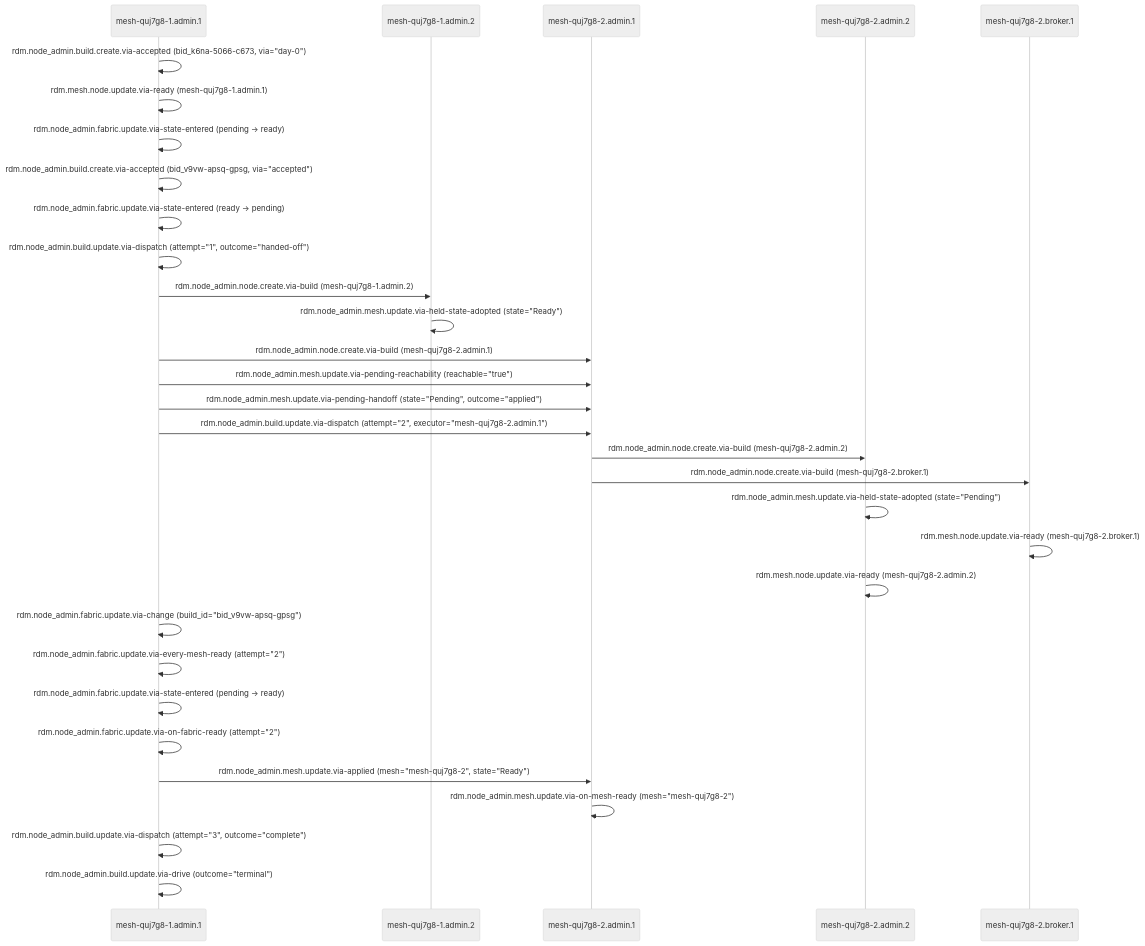
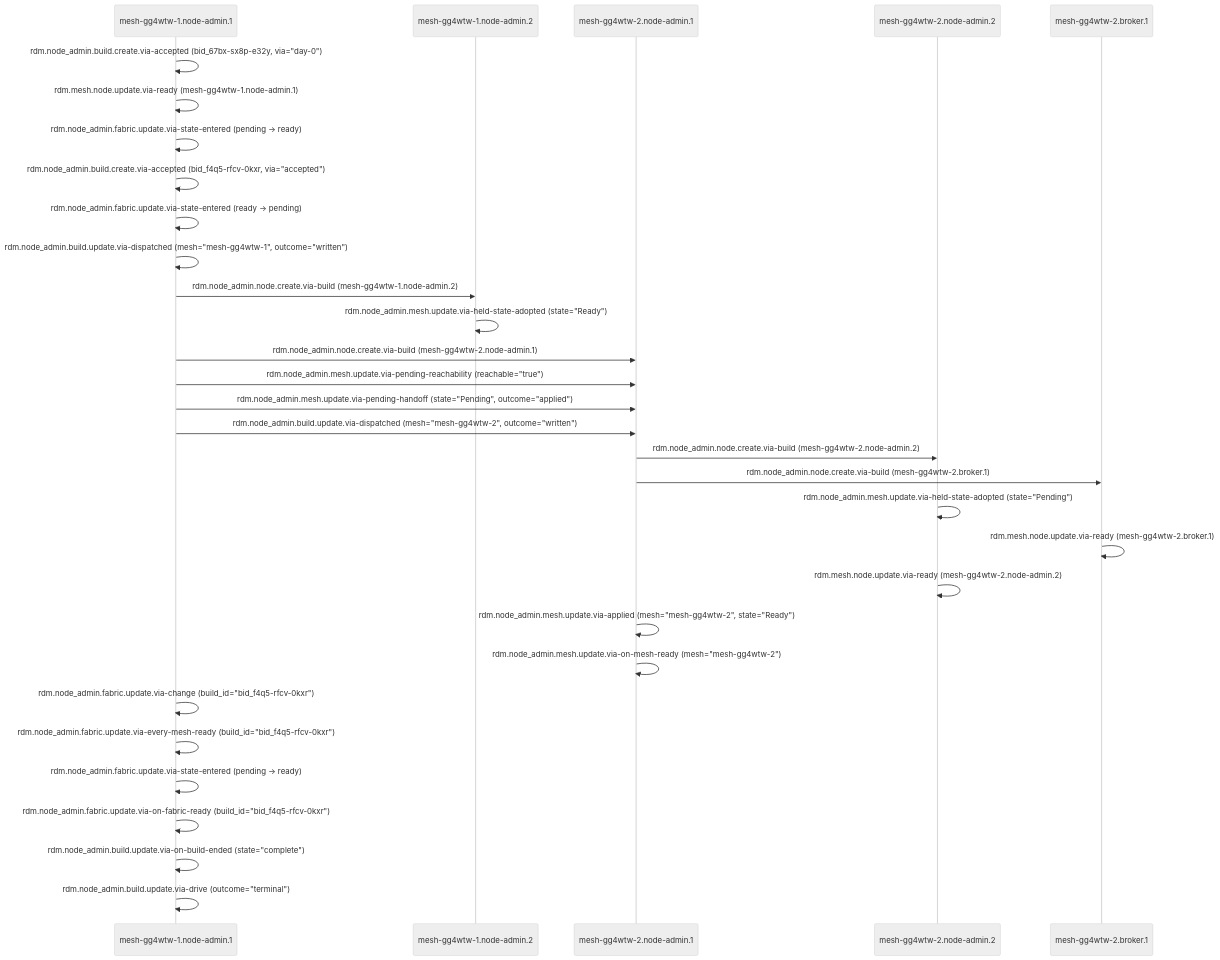
One commit to drlukeangel/rust-distributed-mesh changed the first of 3 diagrams in docs/eng/tour.md. Above: the diagram before and after it, drawn with Mermaid (neutral theme). The commit also changed other lines of this file and 4 other files, not shown here.

````diff
--- a/docs/eng/tour.md
+++ b/docs/eng/tour.md
@@ -67,34 +68,34 @@
 ```mermaid
 sequenceDiagram
-    participant A1 as mesh-quj7g8-1.admin.1
-    participant A1_2 as mesh-quj7g8-1.admin.2
-    participant A2_1 as mesh-quj7g8-2.admin.1
-    participant A2_2 as mesh-quj7g8-2.admin.2
-    participant B2_1 as mesh-quj7g8-2.broker.1
+    participant A1 as mesh-gg4wtw-1.node-admin.1
+    participant A1_2 as mesh-gg4wtw-1.node-admin.2
+    participant A2_1 as mesh-gg4wtw-2.node-admin.1
+    participant A2_2 as mesh-gg4wtw-2.node-admin.2
+    participant B2_1 as mesh-gg4wtw-2.broker.1
 
-    A1->>A1: rdm.node_admin.build.create.via-accepted (bid_k6na-5066-c673, via="day-0")
-    A1->>A1: rdm.mesh.node.update.via-ready (mesh-quj7g8-1.admin.1)
+    A1->>A1: rdm.node_admin.build.create.via-accepted (bid_67bx-sx8p-e32y, via="day-0")
+    A1->>A1: rdm.mesh.node.update.via-ready (mesh-gg4wtw-1.node-admin.1)
     A1->>A1: rdm.node_admin.fabric.update.via-state-entered (pending -> ready)
-    A1->>A1: rdm.node_admin.build.create.via-accepted (bid_v9vw-apsq-gpsg, via="accepted")
+    A1->>A1: rdm.node_admin.build.create.via-accepted (bid_f4q5-rfcv-0kxr, via="accepted")
     A1->>A1: rdm.node_admin.fabric.update.via-state-entered (ready -> pending)
-    A1->>A1: rdm.node_admin.build.update.via-dispatch (attempt="1", outcome="handed-off")
-    A1->>A1_2: rdm.node_admin.node.create.via-build (mesh-quj7g8-1.admin.2)
+    A1->>A1: rdm.node_admin.build.update.via-dispatched (mesh="mesh-gg4wtw-1", outcome="written")
+    A1->>A1_2: rdm.node_admin.node.create.via-build (mesh-gg4wtw-1.node-admin.2)
     A1_2->>A1_2: rdm.node_admin.mesh.update.via-held-state-adopted (state="Ready")
-    A1->>A2_1: rdm.node_admin.node.create.via-build (mesh-quj7g8-2.admin.1)
+    A1->>A2_1: rdm.node_admin.node.create.via-build (mesh-gg4wtw-2.node-admin.1)
     A1->>A2_1: rdm.node_admin.mesh.update.via-pending-reachability (reachable="true")
     A1->>A2_1: rdm.node_admin.mesh.update.via-pending-handoff (state="Pending", outcome="applied")
-    A1->>A2_1: rdm.node_admin.build.update.via-dispatch (attempt="2", executor="mesh-quj7g8-2.admin.1")
-    A2_1->>A2_2: rdm.node_admin.node.create.via-build (mesh-quj7g8-2.admin.2)
-    A2_1->>B2_1: rdm.node_admin.node.create.via-build (mesh-quj7g8-2.broker.1)
+    A1->>A2_1: rdm.node_admin.build.update.via-dispatched (mesh="mesh-gg4wtw-2", outcome="written")
+    A2_1->>A2_2: rdm.node_admin.node.create.via-build (mesh-gg4wtw-2.node-admin.2)
+    A2_1->>B2_1: rdm.node_admin.node.create.via-build (mesh-gg4wtw-2.broker.1)
     A2_2->>A2_2: rdm.node_admin.mesh.update.via-held-state-adopted (state="Pending")
-    B2_1->>B2_1: rdm.mesh.node.update.via-ready (mesh-quj7g8-2.broker.1)
-    A2_2->>A2_2: rdm.mesh.node.update.via-ready (mesh-quj7g8-2.admin.2)
-    A1->>A1: rdm.node_admin.fabric.update.via-change (build_id="bid_v9vw-apsq-gpsg")
-    A1->>A1: rdm.node_admin.fabric.update.via-every-mesh-ready (attempt="2")
+    B2_1->>B2_1: rdm.mesh.node.update.via-ready (mesh-gg4wtw-2.broker.1)
+    A2_2->>A2_2: rdm.mesh.node.update.via-ready (mesh-gg4wtw-2.node-admin.2)
+    A2_1->>A2_1: rdm.node_admin.mesh.update.via-applied (mesh="mesh-gg4wtw-2", state="Ready")
+    A2_1->>A2_1: rdm.node_admin.mesh.update.via-on-mesh-ready (mesh="mesh-gg4wtw-2")
+    A1->>A1: rdm.node_admin.fabric.update.via-change (build_id="bid_f4q5-rfcv-0kxr")
+    A1->>A1: rdm.node_admin.fabric.update.via-every-mesh-ready (build_id="bid_f4q5-rfcv-0kxr")
     A1->>A1: rdm.node_admin.fabric.update.via-state-entered (pending -> ready)
-    A1->>A1: rdm.node_admin.fabric.update.via-on-fabric-ready (attempt="2")
-    A1->>A2_1: rdm.node_admin.mesh.update.via-applied (mesh="mesh-quj7g8-2", state="Ready")
-    A2_1->>A2_1: rdm.node_admin.mesh.update.via-on-mesh-ready (mesh="mesh-quj7g8-2")
-    A1->>A1: rdm.node_admin.build.update.via-dispatch (attempt="3", outcome="complete")
+    A1->>A1: rdm.node_admin.fabric.update.via-on-fabric-ready (build_id="bid_f4q5-rfcv-0kxr")
+    A1->>A1: rdm.node_admin.build.update.via-on-build-ended (state="complete")
     A1->>A1: rdm.node_admin.build.update.via-drive (outcome="terminal")
 ```
````
